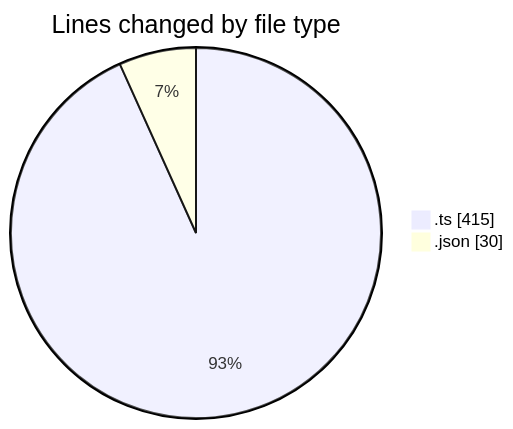
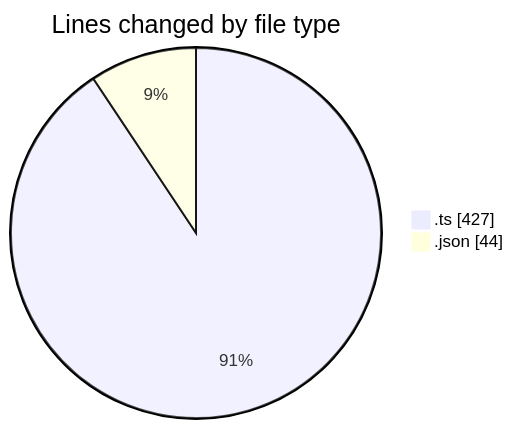
Before and after one commit to EIIisD/code-tracking: the first of 2 diagrams in 2025-08-24/chatgpt-extension/README.md, drawn with Mermaid. The commit also changed other lines of this file and 1 other file, not shown here.

````diff
--- a/2025-08-24/chatgpt-extension/README.md
+++ b/2025-08-24/chatgpt-extension/README.md
@@ -21,6 +22,6 @@
 ```mermaid
 pie showData
 title Lines changed by file type
-".ts" : 415
-".json" : 30
+".ts" : 427
+".json" : 44
 ```
````
